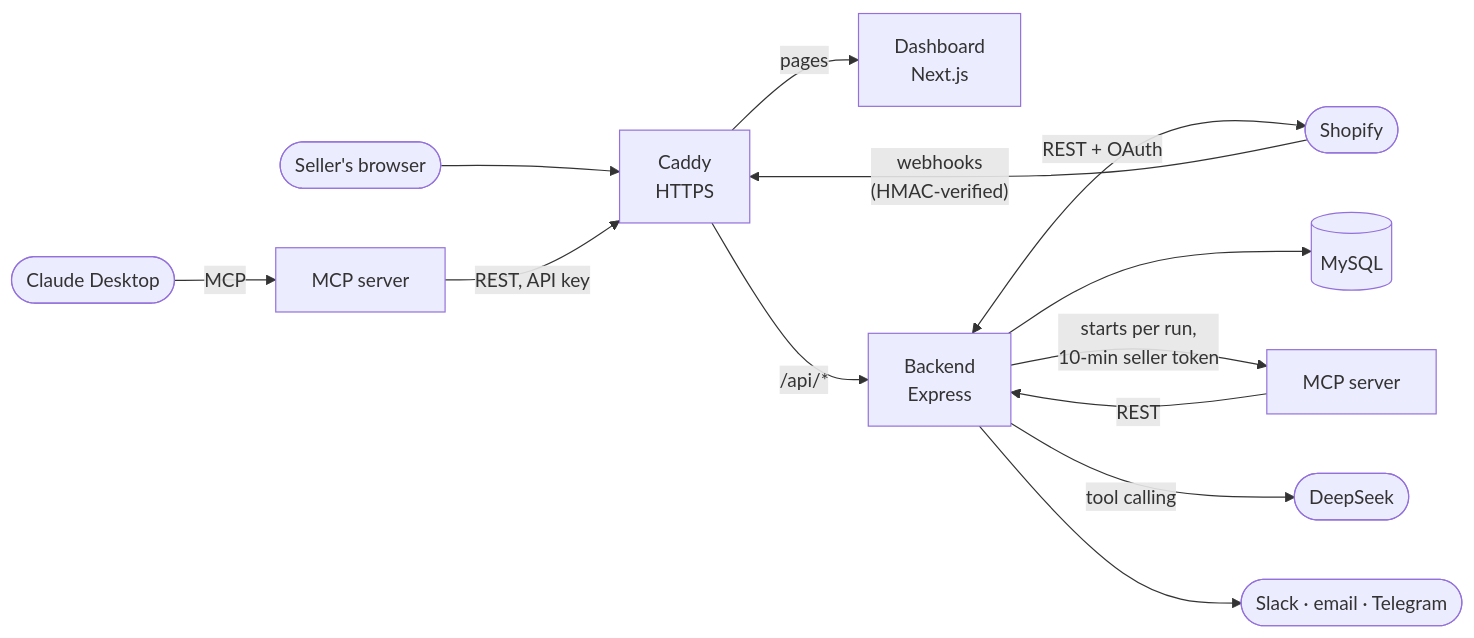
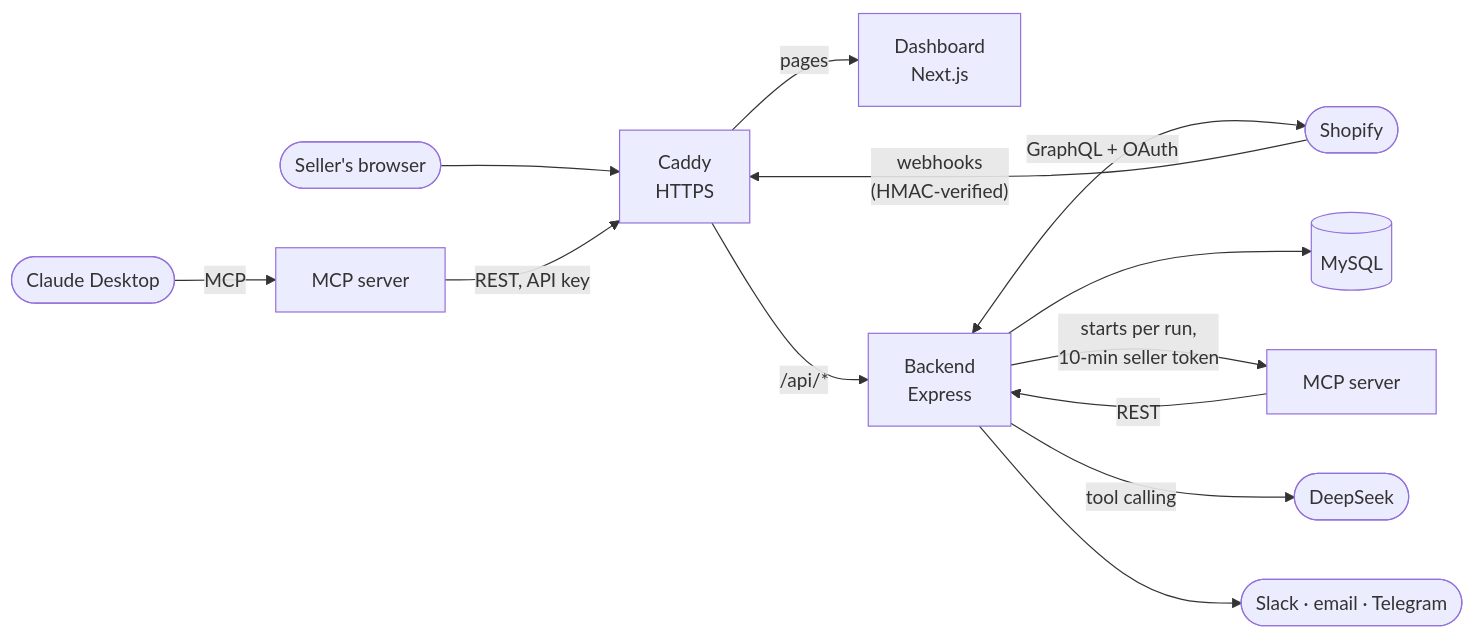
One commit to YangKaiZZ/ai-ops-command-center changed the diagram in README.md. Above: the diagram before and after it, drawn with Mermaid. The commit also changed 6 other files, not shown here.

First line of the commit message:
Move orders, stock and webhook setup to Shopify's GraphQL Admin API

````diff
--- a/README.md
+++ b/README.md
@@ -90,14 +90,14 @@
 ```mermaid
 flowchart LR
   seller([Seller's browser]) --> caddy[Caddy<br/>HTTPS]
   caddy -- "pages" --> dash[Dashboard<br/>Next.js]
   caddy -- "/api/*" --> api[Backend<br/>Express]
   shopify([Shopify]) -- "webhooks<br/>(HMAC-verified)" --> caddy
-  api <-- "REST + OAuth" --> shopify
+  api <-- "GraphQL + OAuth" --> shopify
   api --> db[(MySQL)]
   api -- "starts per run,<br/>10-min seller token" --> mcp[MCP server]
   mcp -- "REST" --> api
   api -- "tool calling" --> llm([DeepSeek])
   api --> alerts([Slack · email · Telegram])
   claude([Claude Desktop]) -- "MCP" --> mcp2[MCP server] -- "REST, API key" --> caddy
 ```
````
